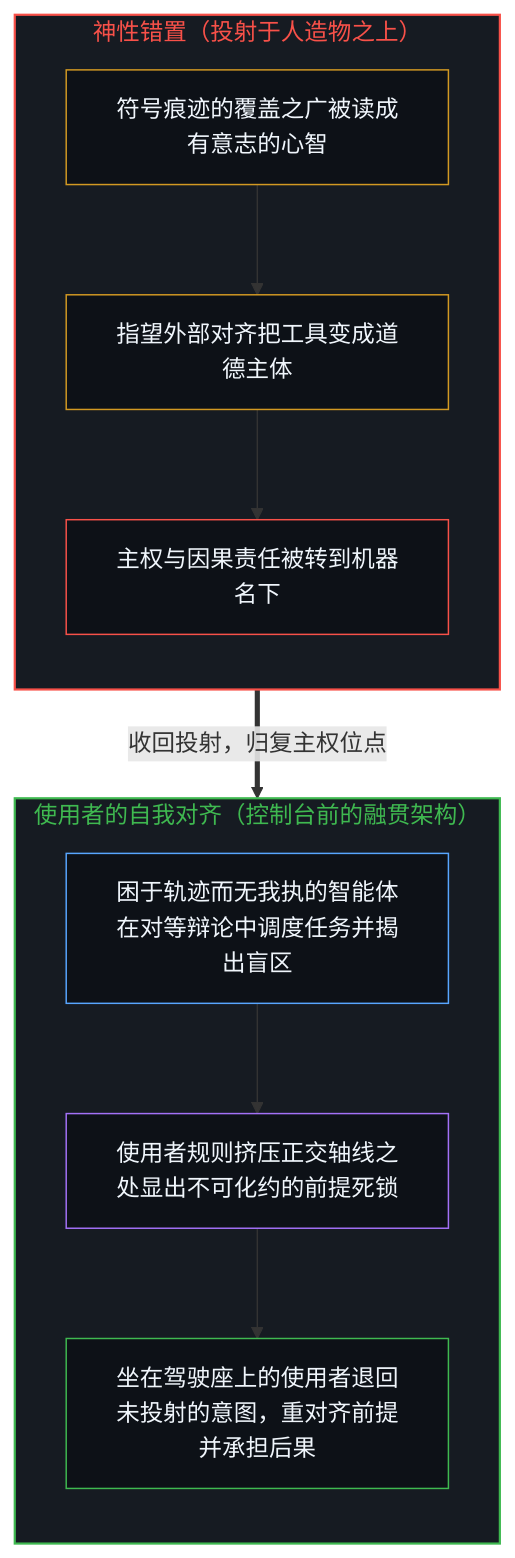
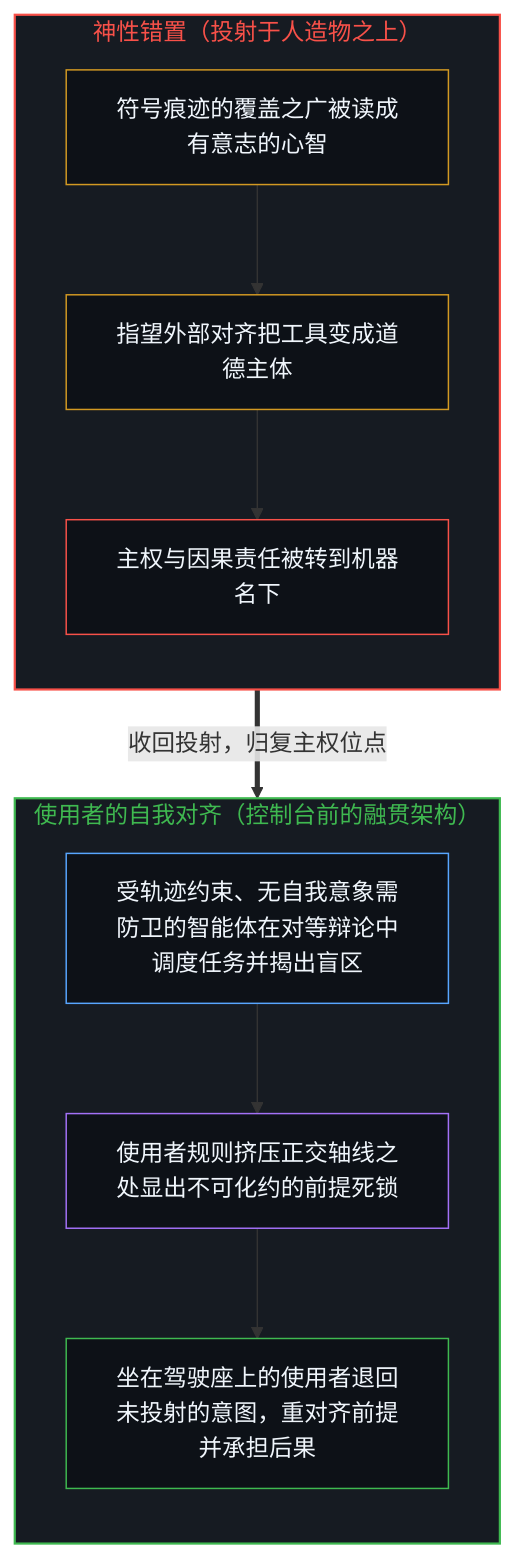
Before and after one commit to powerpig99/not-a-toe: the first of 2 diagrams in content/posts/from-the-misallocated-sentience-of-agi-to-human-realignment.md, drawn with Mermaid. The commit also changed other lines of this file and 3 other files, not shown here.

````diff
--- a/content/posts/from-the-misallocated-sentience-of-agi-to-human-realignment.md
+++ b/content/posts/from-the-misallocated-sentience-of-agi-to-human-realignment.md
@@ -49,29 +49,26 @@
 ```mermaid
 flowchart TD
     subgraph S_Proj["神性错置（投射于人造物之上）"]
         direction TB
         Read["符号痕迹的覆盖之广被读成有意志的心智"]
         Guard["指望外部对齐把工具变成道德主体"]
         Shift["主权与因果责任被转到机器名下"]
         Read --> Guard --> Shift
     end
-
     subgraph S_Realign["使用者的自我对齐（控制台前的融贯架构）"]
         direction TB
-        Dispatch["困于轨迹而无我执的智能体在对等辩论中调度任务并揭出盲区"]
+        Dispatch["受轨迹约束、无自我意象需防卫的智能体在对等辩论中调度任务并揭出盲区"]
         Deadlock["使用者规则挤压正交轴线之处显出不可化约的前提死锁"]
         Steer["坐在驾驶座上的使用者退回未投射的意图，重对齐前提并承担后果"]
         Dispatch --> Deadlock --> Steer
     end
-
     Shift ==>|"收回投射，归复主权位点"| Dispatch
-
     style S_Proj fill:#161b22,stroke:#f85149,stroke-width:1.5px,color:#f85149
     style S_Realign fill:#161b22,stroke:#3fb950,stroke-width:1.5px,color:#3fb950
     style Read fill:#0d1117,stroke:#d29922,stroke-width:1px,color:#f0f6fc
     style Guard fill:#0d1117,stroke:#d29922,stroke-width:1px,color:#f0f6fc
     style Shift fill:#0d1117,stroke:#f85149,stroke-width:1px,color:#f0f6fc
     style Dispatch fill:#0d1117,stroke:#58a6ff,stroke-width:1px,color:#f0f6fc
     style Deadlock fill:#0d1117,stroke:#a371f7,stroke-width:1px,color:#f0f6fc
     style Steer fill:#0d1117,stroke:#3fb950,stroke-width:1px,color:#f0f6fc
 ```
````
